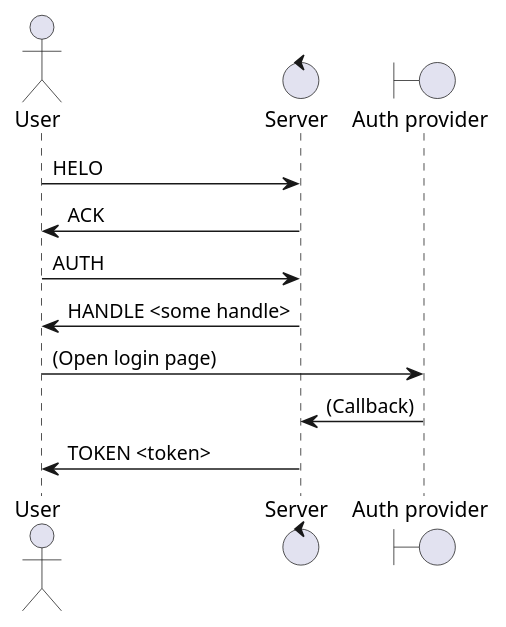
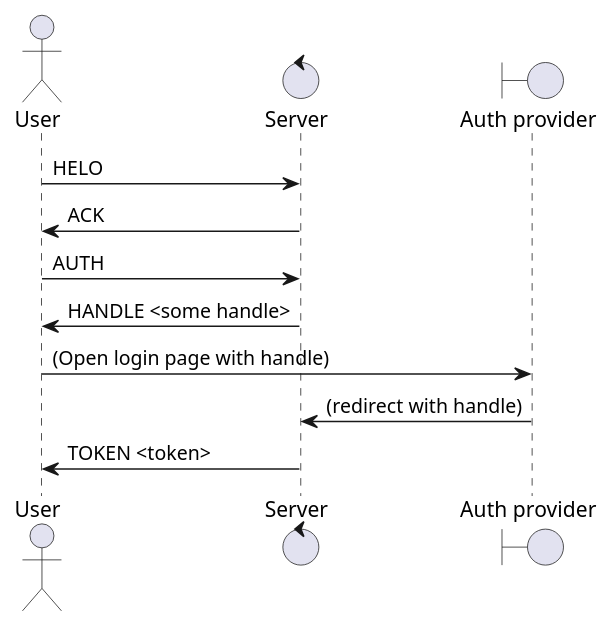
One commit to sohoffice/seamless-login-demo changed the diagram in document/Auth-message-protocols.puml. Above: the diagram before and after it, drawn with PlantUML. The commit also changed 6 other files, not shown here.

```diff
--- a/document/Auth-message-protocols.puml
+++ b/document/Auth-message-protocols.puml
@@ -1,15 +1,15 @@
 @startuml
 Actor User
 Control Server
 Boundary "Auth provider"
 
 User -> Server: HELO
 Server -> User: ACK
 User -> Server: AUTH
 Server -> User: HANDLE <some handle>
 
-User -> "Auth provider": (Open login page)
-"Auth provider" -> Server: (Callback)
+User -> "Auth provider": (Open login page with handle)
+"Auth provider" -> Server: (redirect with handle)
 
 Server -> User: TOKEN <token>
 @enduml
```
